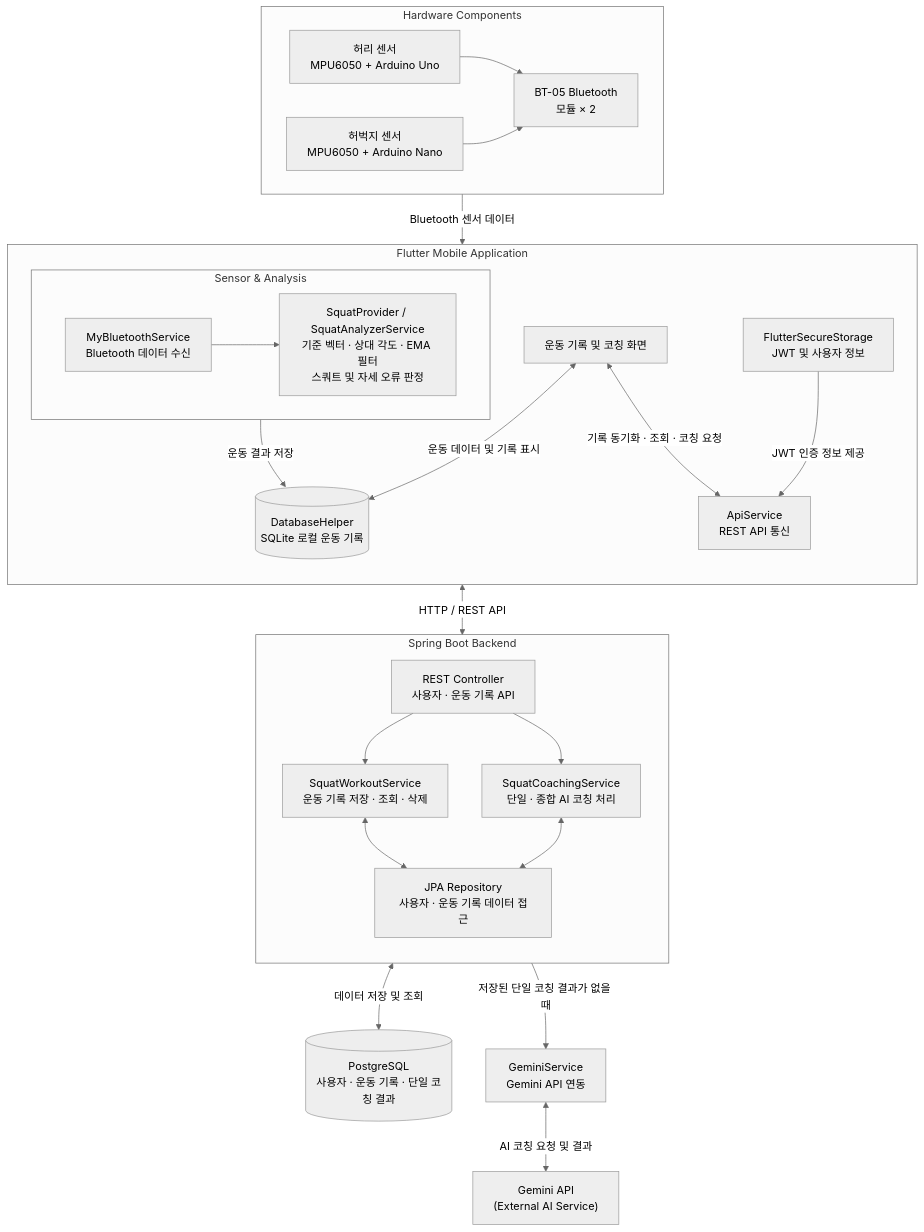
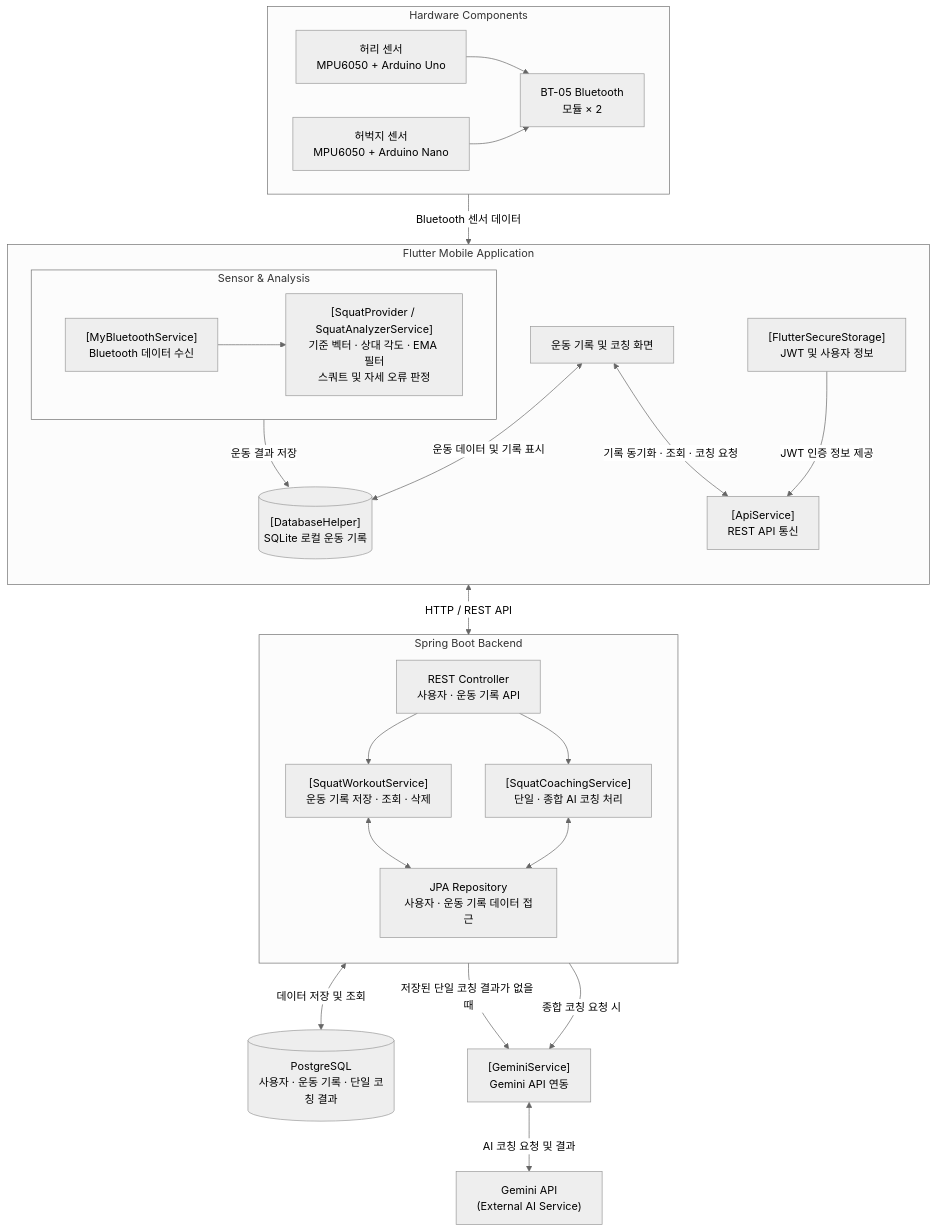
The diagram in docs/architecture.md (LHY-AImaster/squat_project), drawn with Mermaid (neutral theme) before and after one commit. The commit also changed other lines of this file and 3 other files, not shown here.

````diff
--- a/docs/architecture.md
+++ b/docs/architecture.md
@@ -7,57 +7,58 @@
 ```mermaid
 flowchart TB
     subgraph HW["Hardware Components"]
         direction LR
         S1["허리 센서<br/>MPU6050 + Arduino Uno"]
         S2["허벅지 센서<br/>MPU6050 + Arduino Nano"]
         BT["BT-05 Bluetooth<br/>모듈 × 2"]
 
         S1 --> BT
         S2 --> BT
     end
 
     subgraph APP["Flutter Mobile Application"]
         direction TB
 
         subgraph SENSOR["Sensor & Analysis"]
             direction LR
-            BLE["MyBluetoothService<br/>Bluetooth 데이터 수신"]
-            ANALYZER["SquatProvider / SquatAnalyzerService<br/>기준 벡터 · 상대 각도 · EMA 필터<br/>스쿼트 및 자세 오류 판정"]
+            BLE["[MyBluetoothService]<br/>Bluetooth 데이터 수신"]
+            ANALYZER["[SquatProvider / SquatAnalyzerService]<br/>기준 벡터 · 상대 각도 · EMA 필터<br/>스쿼트 및 자세 오류 판정"]
             BLE --> ANALYZER
         end
 
-        LOCAL[("DatabaseHelper<br/>SQLite 로컬 운동 기록")]
+        LOCAL[("[DatabaseHelper]<br/>SQLite 로컬 운동 기록")]
         UI["운동 기록 및 코칭 화면"]
-        API_CLIENT["ApiService<br/>REST API 통신"]
-        AUTH["FlutterSecureStorage<br/>JWT 및 사용자 정보"]
+        API_CLIENT["[ApiService]<br/>REST API 통신"]
+        AUTH["[FlutterSecureStorage]<br/>JWT 및 사용자 정보"]
 
         ANALYZER -->|"운동 결과 저장"| LOCAL
         UI <-->|"운동 데이터 및 기록 표시"| LOCAL
         UI <-->|"기록 동기화 · 조회 · 코칭 요청"| API_CLIENT
         AUTH -->|"JWT 인증 정보 제공"| API_CLIENT
     end
 
     subgraph SERVER["Spring Boot Backend"]
         direction TB
 
         CONTROLLER["REST Controller<br/>사용자 · 운동 기록 API"]
-        WORKOUT["SquatWorkoutService<br/>운동 기록 저장 · 조회 · 삭제"]
-        COACHING["SquatCoachingService<br/>단일 · 종합 AI 코칭 처리"]
+        WORKOUT["[SquatWorkoutService]<br/>운동 기록 저장 · 조회 · 삭제"]
+        COACHING["[SquatCoachingService]<br/>단일 · 종합 AI 코칭 처리"]
         REPOSITORY["JPA Repository<br/>사용자 · 운동 기록 데이터 접근"]
 
         CONTROLLER --> WORKOUT
         CONTROLLER --> COACHING
         WORKOUT <--> REPOSITORY
         COACHING <--> REPOSITORY
     end
 
     DB[("PostgreSQL<br/>사용자 · 운동 기록 · 단일 코칭 결과")]
-    GEMINI["GeminiService<br/>Gemini API 연동"]
+    GEMINI["[GeminiService]<br/>Gemini API 연동"]
 
     BT -->|"Bluetooth 센서 데이터"| BLE
     API_CLIENT <-->|"HTTP / REST API"| CONTROLLER
     REPOSITORY <-->|"데이터 저장 및 조회"| DB
 
     COACHING -->|"저장된 단일 코칭 결과가 없을 때"| GEMINI
+    COACHING -->|"종합 코칭 요청 시"| GEMINI
     GEMINI <-->|"AI 코칭 요청 및 결과"| EXT["Gemini API<br/>(External AI Service)"]
 ```
````
